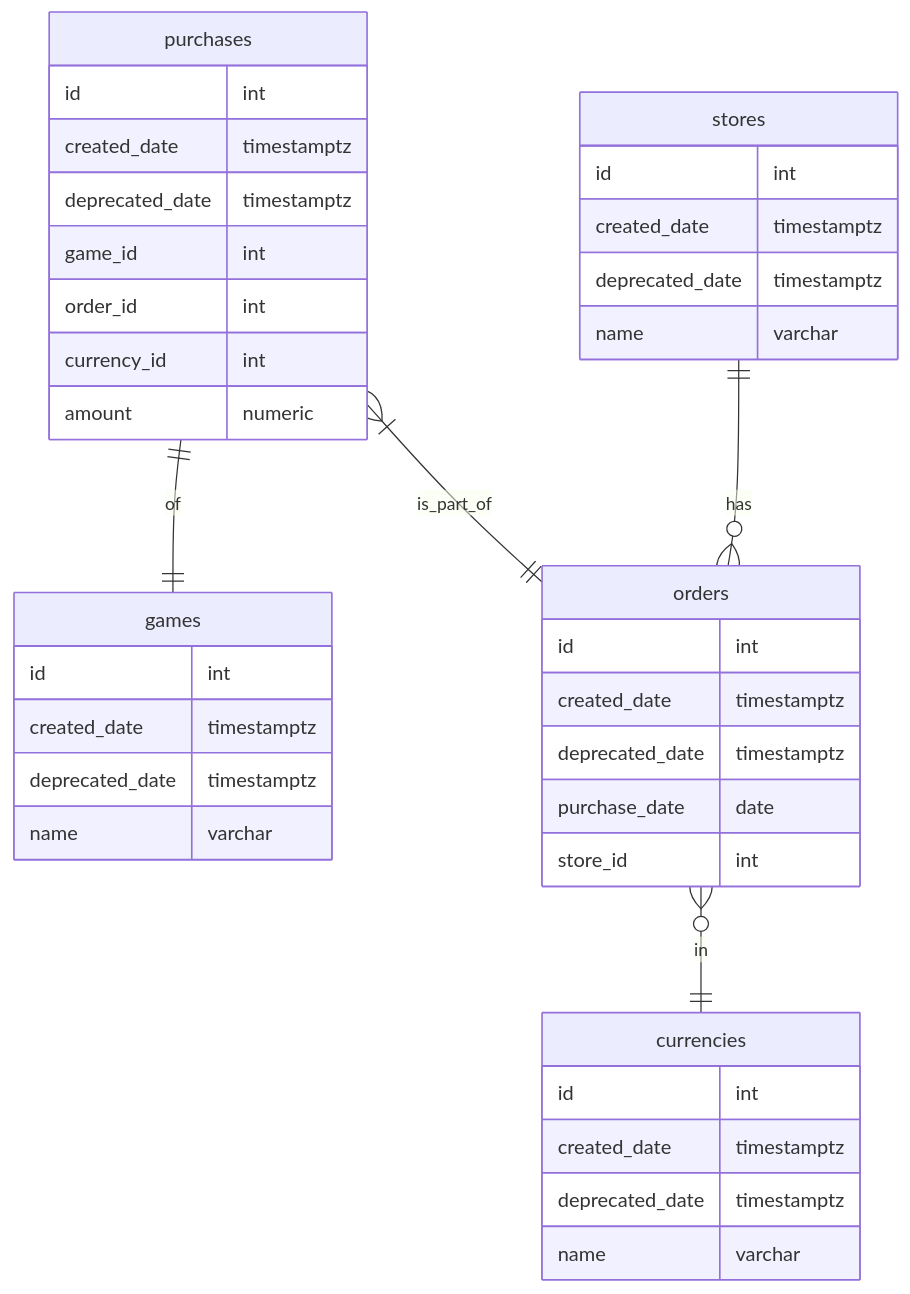
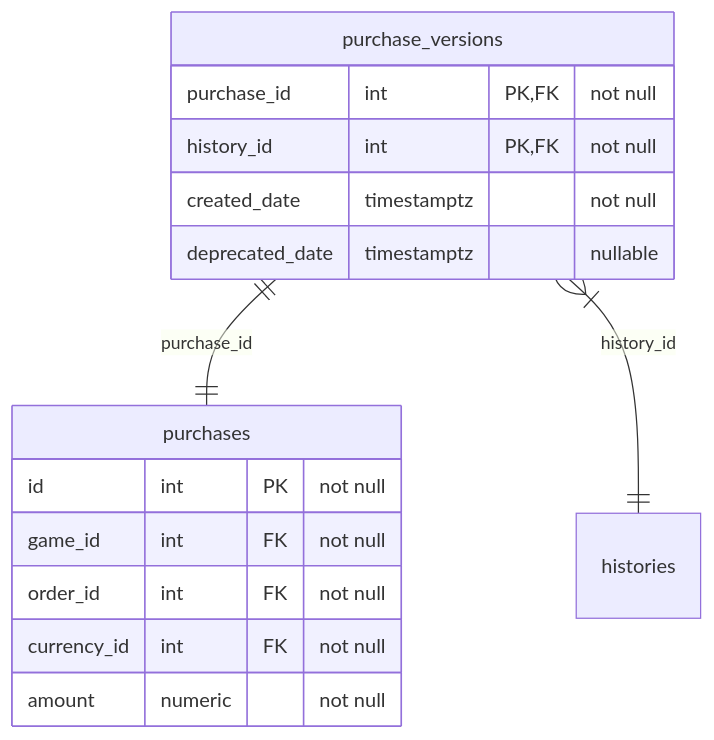
The sixth of 6 diagrams in docs/entities.md (g-hi3/game-prices-rs), drawn with Mermaid before and after one commit. The commit also changed other lines of this file and 2 other files, not shown here.

````diff
--- a/docs/entities.md
+++ b/docs/entities.md
@@ -3,46 +154,20 @@
 ```mermaid
 erDiagram
-    games {
-        id int
-        created_date timestamptz
-        deprecated_date timestamptz
-        name varchar
+    purchases {
+        id int PK "not null"
+        game_id int FK "not null"
+        order_id int FK "not null"
+        currency_id int FK "not null"
+        amount numeric "not null"
     }
     
-    stores {
-        id int
-        created_date timestamptz
-        deprecated_date timestamptz
-        name varchar
+    purchase_versions {
+        purchase_id int PK, FK "not null"
+        history_id int PK, FK "not null"
+        created_date timestamptz "not null"
+        deprecated_date timestamptz "nullable"
     }
 
-    currencies {
-        id int
-        created_date timestamptz
-        deprecated_date timestamptz
-        name varchar
-    }
-    
-    orders {
-        id int
-        created_date timestamptz
-        deprecated_date timestamptz
-        purchase_date date
-        store_id int
-    }
-    
-    purchases {
-        id int
-        created_date timestamptz
-        deprecated_date timestamptz
-        game_id int
-        order_id int
-        currency_id int
-        amount numeric
-    }
-
-    stores ||--o{ orders : has
-    purchases ||--|| games : of
-    purchases }|--|| orders : is_part_of
-    orders }o--|| currencies : in
+    purchase_versions ||--|| purchases : "purchase_id"
+    purchase_versions }|--|| histories : "history_id"
 ```
````
